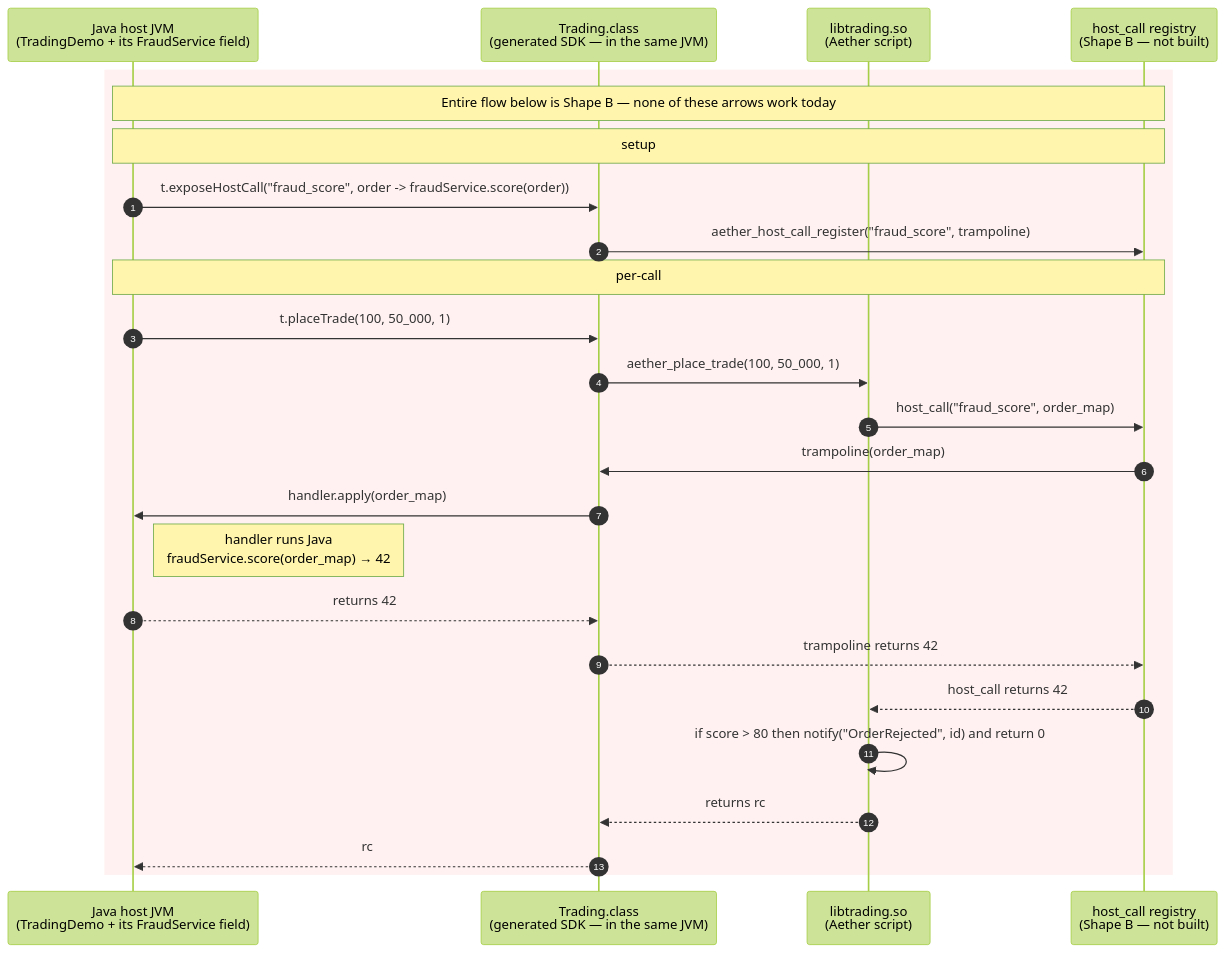
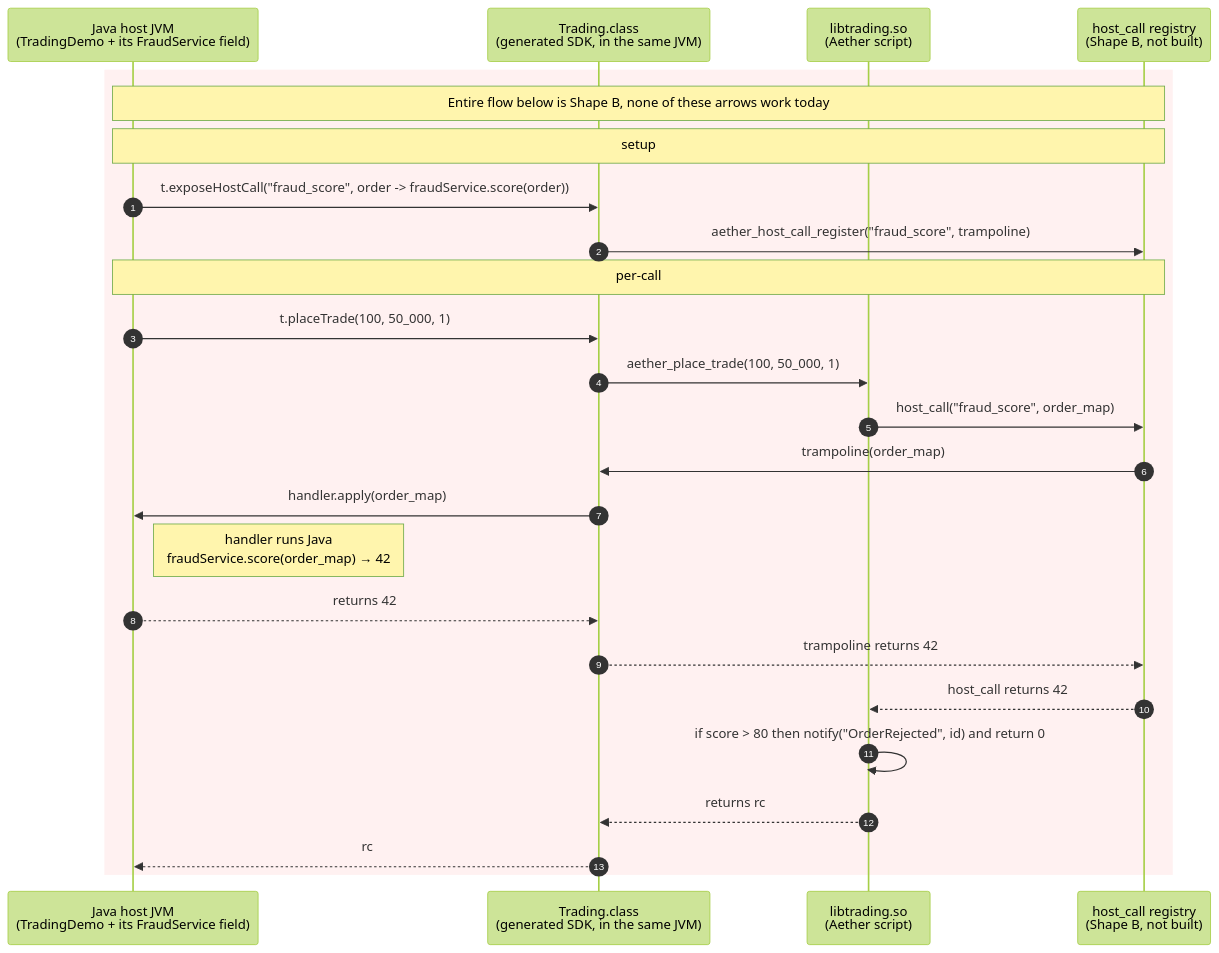
Before and after one commit to aether-lang-org/aether: the second of 2 diagrams in docs/embedded-namespaces-and-host-bindings.md, drawn with Mermaid (forest theme). The commit also changed other lines of this file and 65 other files, not shown here.

````diff
--- a/docs/embedded-namespaces-and-host-bindings.md
+++ b/docs/embedded-namespaces-and-host-bindings.md
@@ -444,29 +444,29 @@
 ```mermaid
 sequenceDiagram
     autonumber
     participant Host as Java host JVM<br/>(TradingDemo + its FraudService field)
-    participant SDK as Trading.class<br/>(generated SDK — in the same JVM)
+    participant SDK as Trading.class<br/>(generated SDK, in the same JVM)
     participant Lib as libtrading.so<br/>(Aether script)
-    participant HReg as host_call registry<br/>(Shape B — not built)
+    participant HReg as host_call registry<br/>(Shape B, not built)
 
     rect rgba(255, 220, 220, 0.4)
-    Note over Host,HReg: Entire flow below is Shape B — none of these arrows work today
+    Note over Host,HReg: Entire flow below is Shape B, none of these arrows work today
     Note over Host,HReg: setup
     Host->>SDK: t.exposeHostCall("fraud_score", order -> fraudService.score(order))
     SDK->>HReg: aether_host_call_register("fraud_score", trampoline)
 
     Note over Host,HReg: per-call
     Host->>SDK: t.placeTrade(100, 50_000, 1)
     SDK->>Lib: aether_place_trade(100, 50_000, 1)
     Lib->>HReg: host_call("fraud_score", order_map)
     HReg->>SDK: trampoline(order_map)
     SDK->>Host: handler.apply(order_map)
     Note right of Host: handler runs Java<br/>fraudService.score(order_map) → 42
     Host-->>SDK: returns 42
     SDK-->>HReg: trampoline returns 42
     HReg-->>Lib: host_call returns 42
     Lib->>Lib: if score > 80 then notify("OrderRejected", id) and return 0
     Lib-->>SDK: returns rc
     SDK-->>Host: rc
     end
 ```
````
